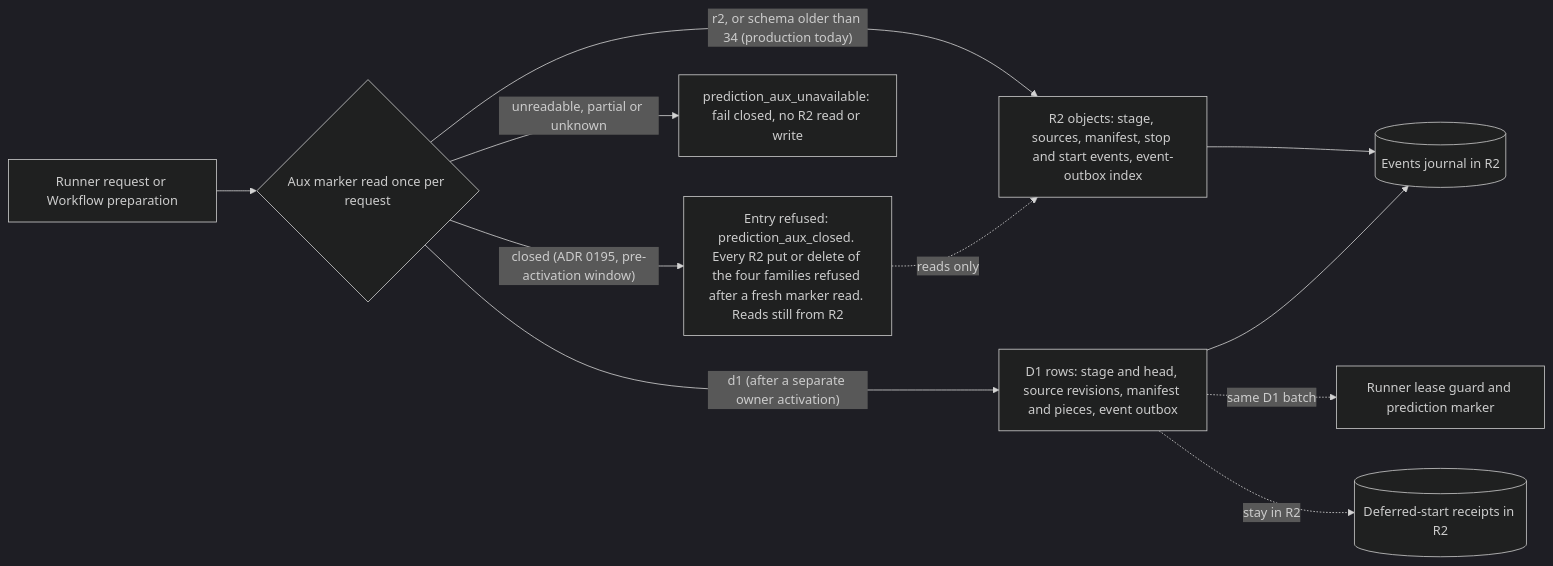
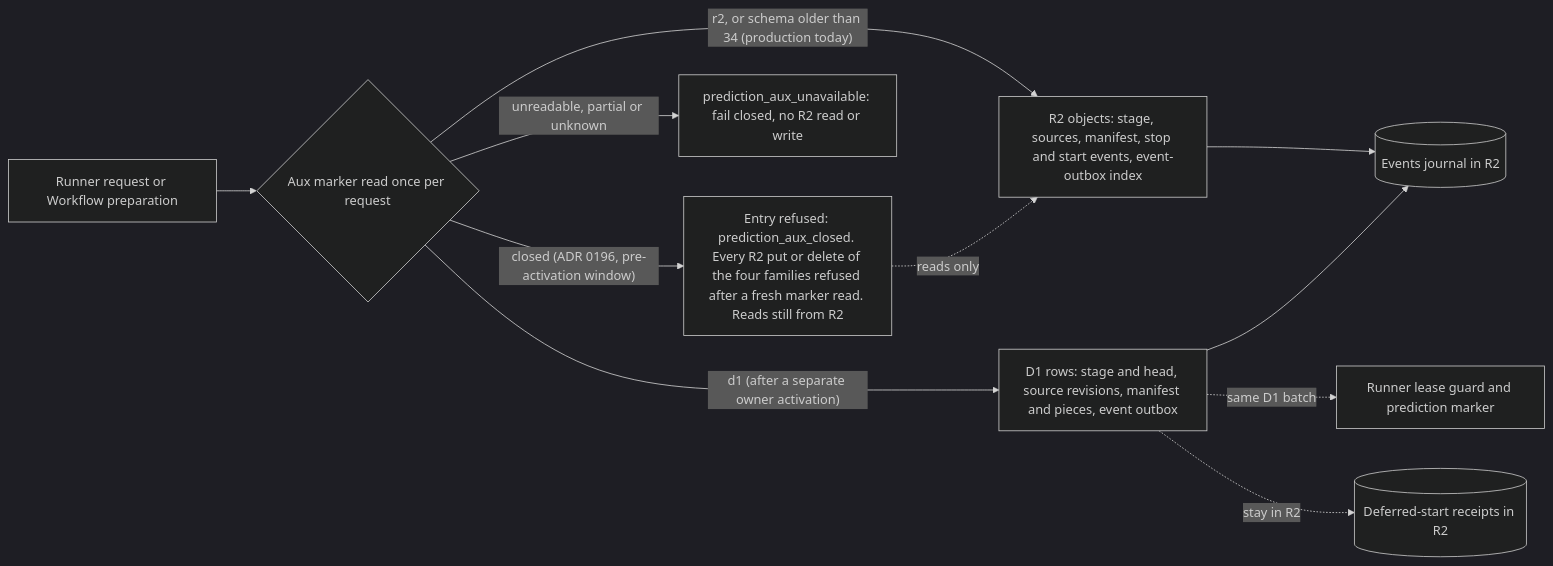
One commit to vladimino/iptv-watchlist changed the third of 4 diagrams in docs/architecture/prediction-pipeline.md. Above: the diagram before and after it, drawn with Mermaid (dark theme). The commit also changed other lines of this file and 19 other files, not shown here.

First line of the commit message:
AIR-554: renumber the closed-state ADR to 0196 and pin the watchlist worker test clock

````diff
--- a/docs/architecture/prediction-pipeline.md
+++ b/docs/architecture/prediction-pipeline.md
@@ -147,13 +147,13 @@
 ```mermaid
 flowchart LR
   req["Runner request or Workflow preparation"] --> marker{"Aux marker read once per request"}
   marker -->|"r2, or schema older than 34 (production today)"| legacy["R2 objects: stage, sources, manifest, stop and start events, event-outbox index"]
   marker -->|"d1 (after a separate owner activation)"| rows["D1 rows: stage and head, source revisions, manifest and pieces, event outbox"]
-  marker -->|"closed (ADR 0195, pre-activation window)"| shut["Entry refused: prediction_aux_closed. Every R2 put or delete of the four families refused after a fresh marker read. Reads still from R2"]
+  marker -->|"closed (ADR 0196, pre-activation window)"| shut["Entry refused: prediction_aux_closed. Every R2 put or delete of the four families refused after a fresh marker read. Reads still from R2"]
   marker -->|"unreadable, partial or unknown"| unavail["prediction_aux_unavailable: fail closed, no R2 read or write"]
   shut -. "reads only" .-> legacy
   legacy --> journal[("Events journal in R2")]
   rows --> journal
   rows -. "same D1 batch" .-> lease["Runner lease guard and prediction marker"]
   rows -. "stay in R2" .-> receipts[("Deferred-start receipts in R2")]
 ```
````
